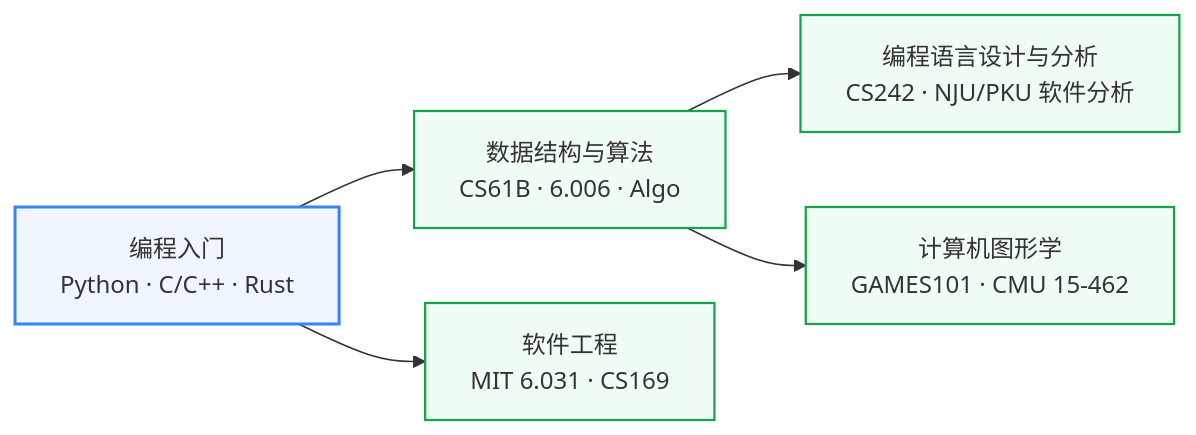
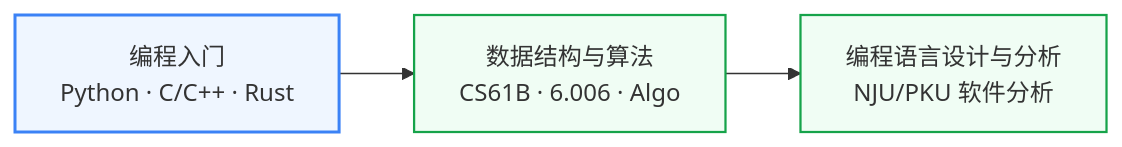
Before and after one commit to Crys-Chen/ic-guide: the diagram in docs/学习地图/算法编程/index.md, drawn with Mermaid. The commit also changed other lines of this file and 7 other files, not shown here.

````diff
--- a/docs/学习地图/算法编程/index.md
+++ b/docs/学习地图/算法编程/index.md
@@ -7,12 +7,10 @@
 ```mermaid
 graph LR
     A["编程入门<br/>Python · C/C++ · Rust"] --> B["数据结构与算法<br/>CS61B · 6.006 · Algo"]
-    B --> C["编程语言设计与分析<br/>CS242 · NJU/PKU 软件分析"]
-    A --> D["软件工程<br/>MIT 6.031 · CS169"]
-    B --> E["计算机图形学<br/>GAMES101 · CMU 15-462"]
+    B --> C["编程语言设计与分析<br/>NJU/PKU 软件分析"]
 
     classDef foundation fill:#EFF6FF,stroke:#3B82F6,stroke-width:2px
     classDef advanced fill:#F0FDF4,stroke:#16A34A,stroke-width:1.5px
     class A foundation
-    class B,C,D,E advanced
+    class B,C advanced
 ```
````
